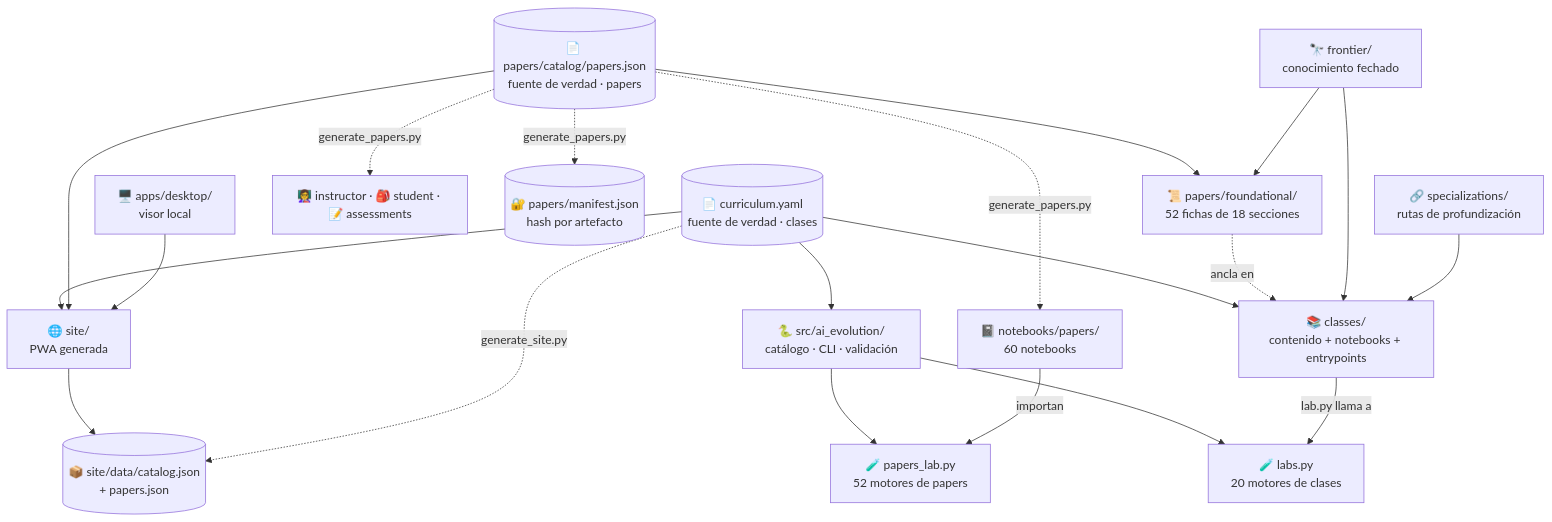
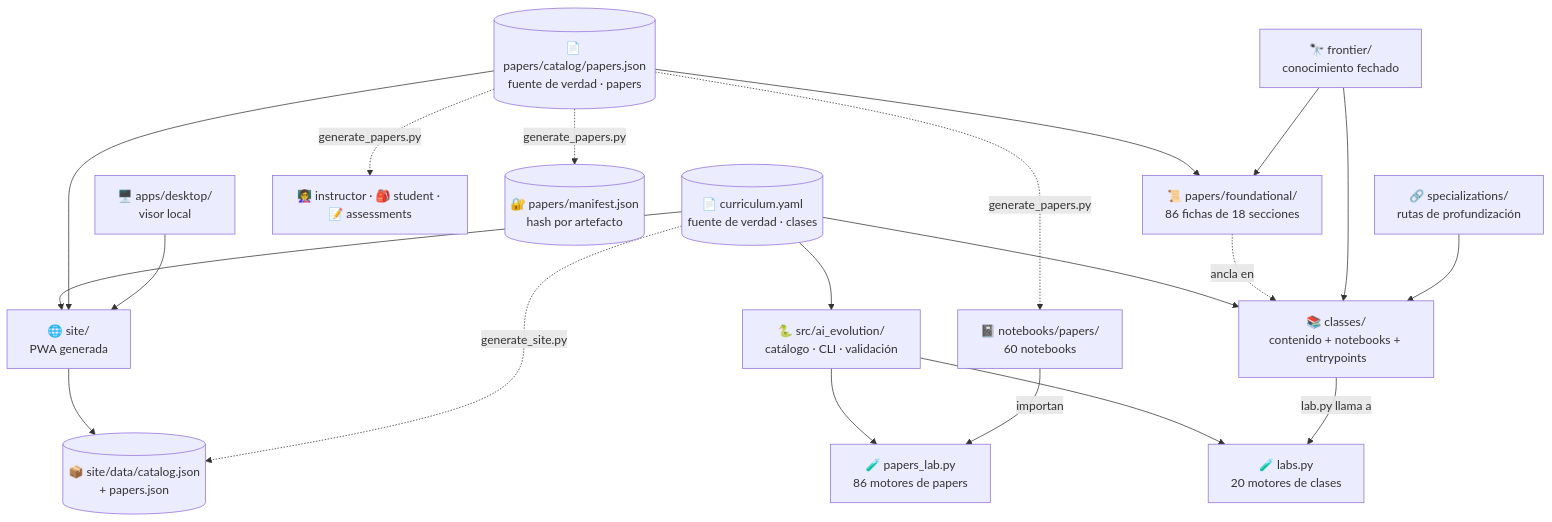
The diagram in docs/ARCHITECTURE.md (vladimiracunadev-create/artificial-intelligence-evolution-program), drawn with Mermaid before and after one commit. The commit also changed other lines of this file and 316 other files, not shown here.

````diff
--- a/docs/ARCHITECTURE.md
+++ b/docs/ARCHITECTURE.md
@@ -9,24 +9,24 @@
 ```mermaid
 flowchart TD
     CUR[("📄 curriculum.yaml<br/>fuente de verdad · clases")] --> CLASSES["📚 classes/<br/>contenido + notebooks + entrypoints"]
     CUR --> SRC["🐍 src/ai_evolution/<br/>catálogo · CLI · validación"]
     CUR --> SITE["🌐 site/<br/>PWA generada"]
     SRC --> LABS["🧪 labs.py<br/>20 motores de clases"]
     CLASSES -->|"lab.py llama a"| LABS
 
-    PAP[("📄 papers/catalog/papers.json<br/>fuente de verdad · papers")] --> FICHAS["📜 papers/foundational/<br/>52 fichas de 18 secciones"]
+    PAP[("📄 papers/catalog/papers.json<br/>fuente de verdad · papers")] --> FICHAS["📜 papers/foundational/<br/>86 fichas de 18 secciones"]
     PAP -.->|"generate_papers.py"| NB["📓 notebooks/papers/<br/>60 notebooks"]
     PAP -.->|"generate_papers.py"| AULA["👩‍🏫 instructor · 🎒 student · 📝 assessments"]
     PAP -.->|"generate_papers.py"| MAN[("🔐 papers/manifest.json<br/>hash por artefacto")]
     PAP --> SITE
-    SRC --> PLABS["🧪 papers_lab.py<br/>52 motores de papers"]
+    SRC --> PLABS["🧪 papers_lab.py<br/>86 motores de papers"]
     NB -->|"importan"| PLABS
     FICHAS -.->|"ancla en"| CLASSES
 
     SITE --> CATALOG[("📦 site/data/catalog.json<br/>+ papers.json")]
     CUR -.->|"generate_site.py"| CATALOG
     DESK["🖥️ apps/desktop/<br/>visor local"] --> SITE
     FRONT["🔭 frontier/<br/>conocimiento fechado"] --> CLASSES
     FRONT --> FICHAS
     SPEC["🔗 specializations/<br/>rutas de profundización"] --> CLASSES
 ```
````
